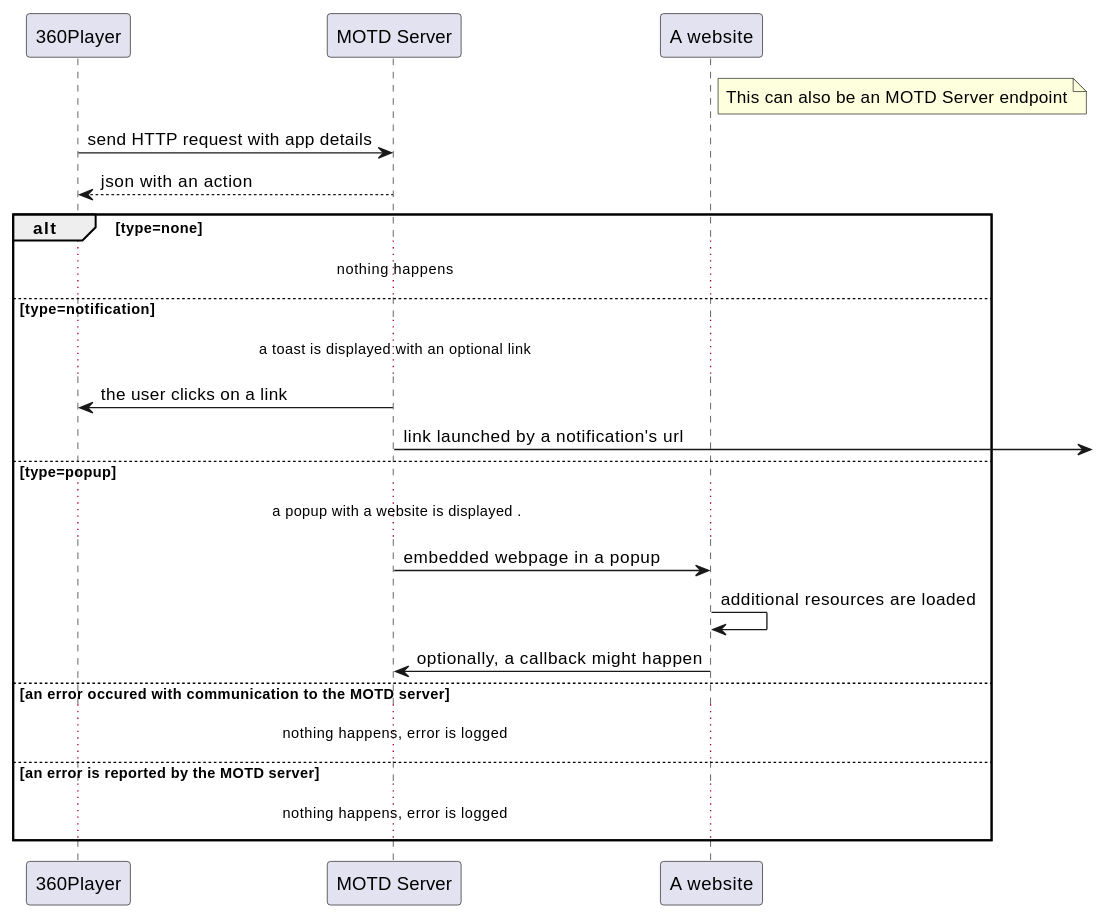
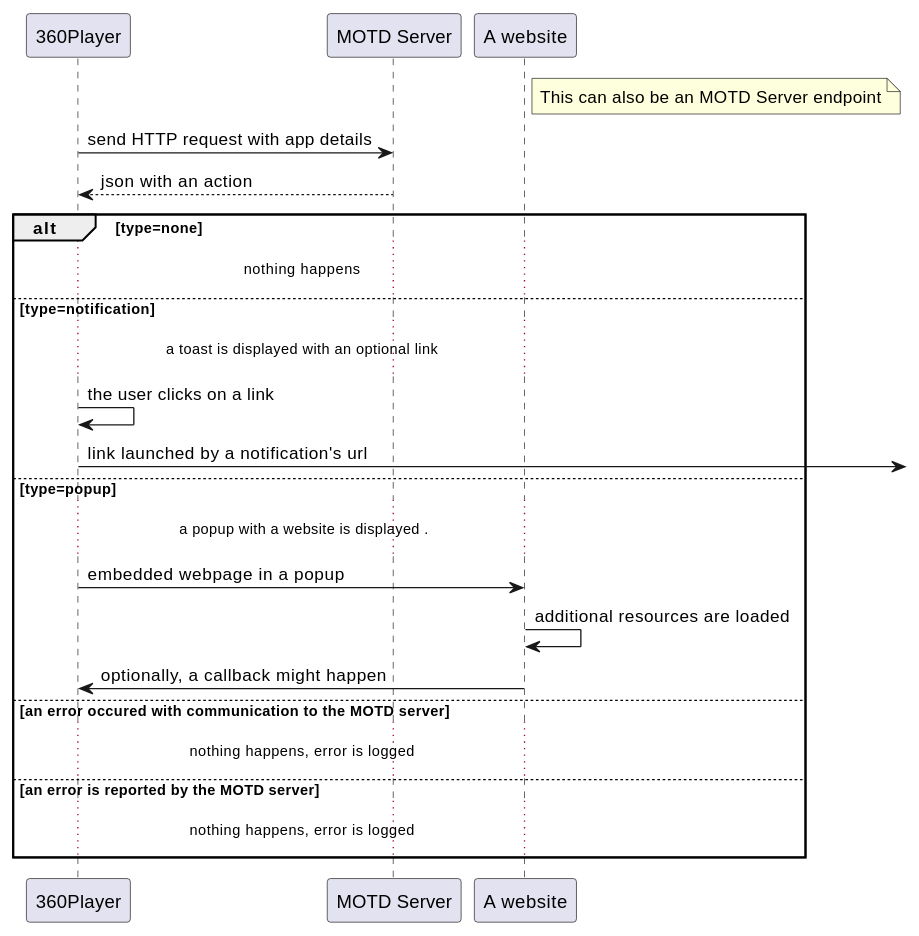
One commit to BIVROST/360PlayerWindows changed the diagram in MOTD/MOTD.md. Above: the diagram before and after it, drawn with PlantUML. The commit also changed other lines of this file and 1 other file, not shown here.

Commit message:
Added less intrusive way for updates

````diff
--- a/MOTD/MOTD.md
+++ b/MOTD/MOTD.md
@@ -6,45 +6,45 @@
 ```plantuml
 'skinparam monochrome reverse
 skinparam backgroundColor transparent
 
 participant "360Player" as app
 participant "MOTD Server" as motd
 participant "A website" as website
 
 
 note right of website
 This can also be an MOTD Server endpoint
 end note
 
 
 app -> motd: send HTTP request with app details
 motd --> app: json with an action
 
 alt type=none
 
 ... nothing happens ...
 else type=notification
 
 ... a toast is displayed with an optional link ...
 
-motd -> app: the user clicks on a link
-motd ->  : link launched by a notification's url
+app -> app: the user clicks on a link
+app ->  : link launched by a notification's url
 
 else type=popup
 
 ... a popup with a website is displayed ....
 
-motd -> website: embedded webpage in a popup
+app -> website: embedded webpage in a popup
 website -> website: additional resources are loaded
-website -> motd: optionally, a callback might happen
+website -> app: optionally, a callback might happen
 
 else an error occured with communication to the MOTD server
 
 ... nothing happens, error is logged ...
 
 else an error is reported by the MOTD server
 
 ... nothing happens, error is logged ...
 
 end
 ```
````
